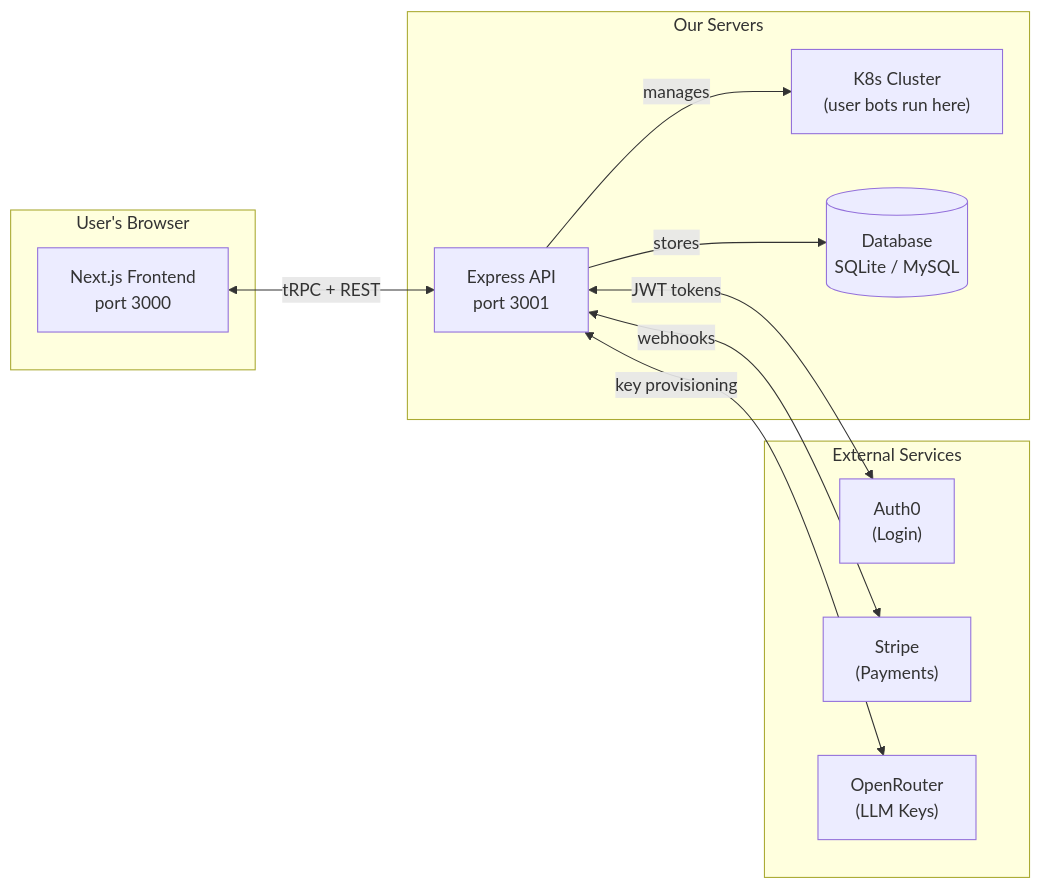
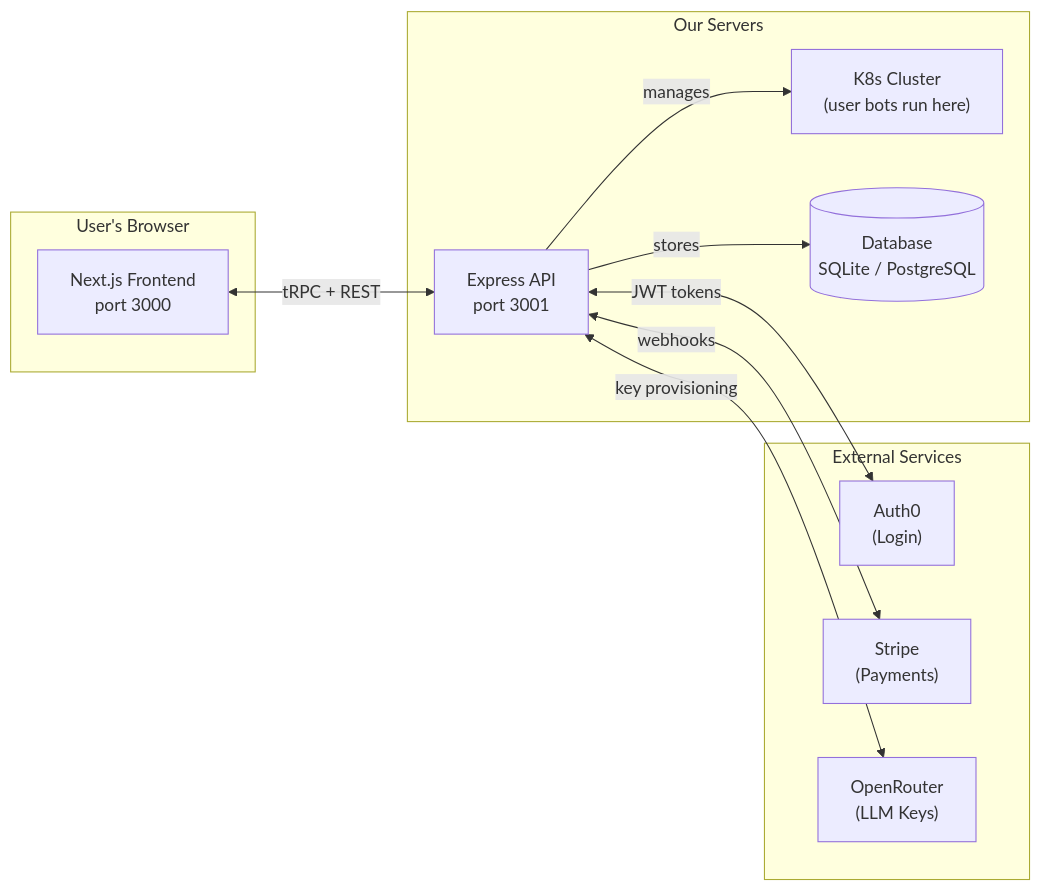
The first of 31 diagrams in DEVELOPER-GUIDE.md (Bretthb/jarble), drawn with Mermaid before and after one commit. The commit also changed other lines of this file and 15 other files, not shown here.

````diff
--- a/DEVELOPER-GUIDE.md
+++ b/DEVELOPER-GUIDE.md
@@ -46,25 +46,25 @@
 ```mermaid
 graph LR
     subgraph Browser["User's Browser"]
         FE["Next.js Frontend<br/>port 3000"]
     end
 
     subgraph Servers["Our Servers"]
         API["Express API<br/>port 3001"]
         K8S["K8s Cluster<br/>(user bots run here)"]
-        DB[("Database<br/>SQLite / MySQL")]
+        DB[("Database<br/>SQLite / PostgreSQL")]
     end
 
     subgraph External["External Services"]
         AUTH0["Auth0<br/>(Login)"]
         STRIPE["Stripe<br/>(Payments)"]
         OR["OpenRouter<br/>(LLM Keys)"]
     end
 
     FE <-->|"tRPC + REST"| API
     API -->|"manages"| K8S
     API -->|"stores"| DB
     API <-->|"JWT tokens"| AUTH0
     API <-->|"webhooks"| STRIPE
     API <-->|"key provisioning"| OR
 ```
````
